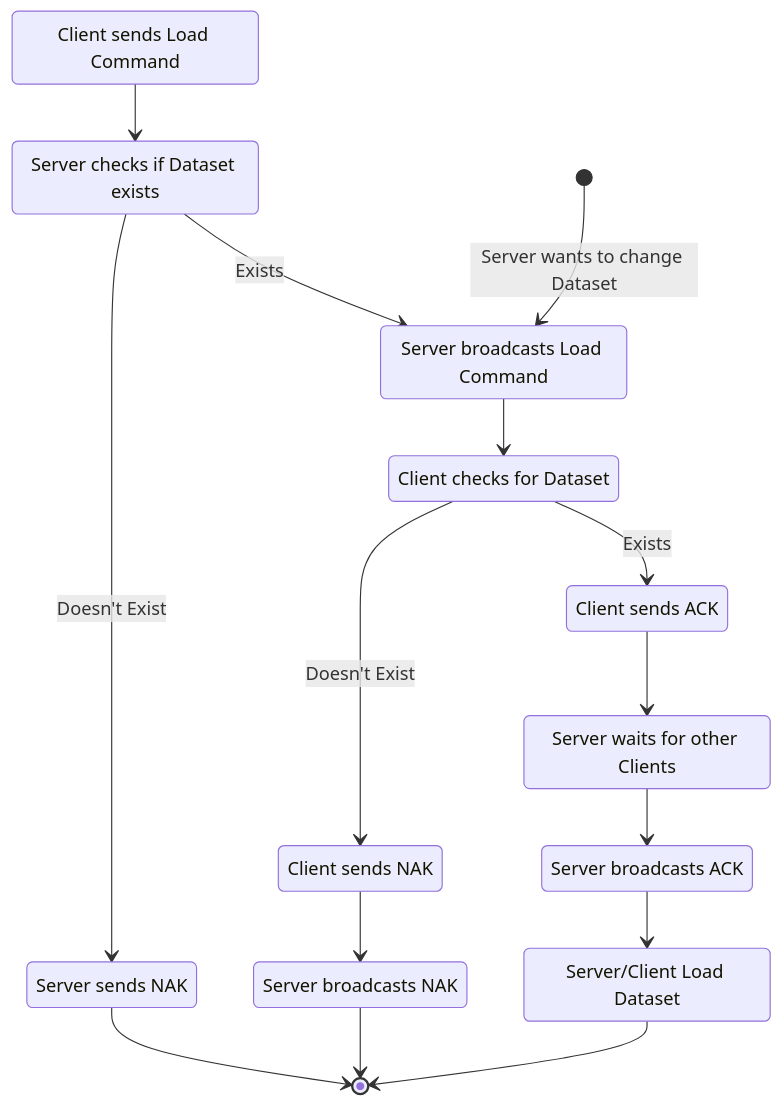
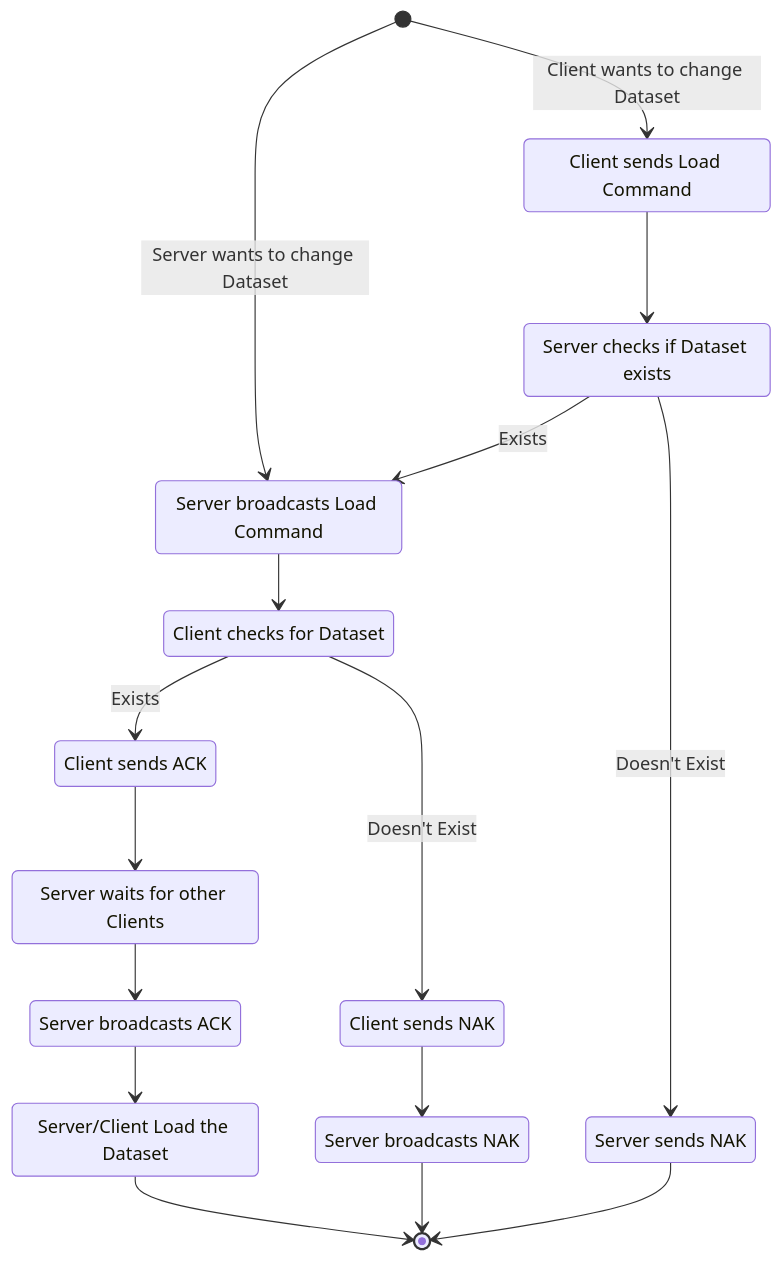
Before and after one commit to 3dct/open_iA: the second of 2 diagrams in WEBSOCKETS.md, drawn with Mermaid. The commit also changed other lines of this file, not shown here.

````diff
--- a/WEBSOCKETS.md
+++ b/WEBSOCKETS.md
@@ -87,29 +87,30 @@
 ```mermaid
 stateDiagram-v2
     C : Client sends Load Command
     C2 : Client checks for Dataset
     C3 : Client sends ACK
     Ce : Client sends NAK
     Se : Server sends NAK
     Se2 : Server broadcasts NAK
     S : Server broadcasts Load Command
     S1 : Server checks if Dataset exists
     S2 : Server waits for other Clients
     S3 : Server broadcasts ACK
-    L : Server/Client Load Dataset
+    L : Server/Client Load the Dataset
 
     [*] --> S : Server wants to change Dataset
+    [*] --> C : Client wants to change Dataset
     C --> S1
     S1 --> S : Exists
     S1 --> Se : Doesn't Exist
     Se --> [*]
     S --> C2
     C2 --> C3 : Exists
     C2 --> Ce : Doesn't Exist
     Ce --> Se2
     Se2 --> [*]
     C3 --> S2
     S2 --> S3
     S3 --> L
     L --> [*]
 ```
````
